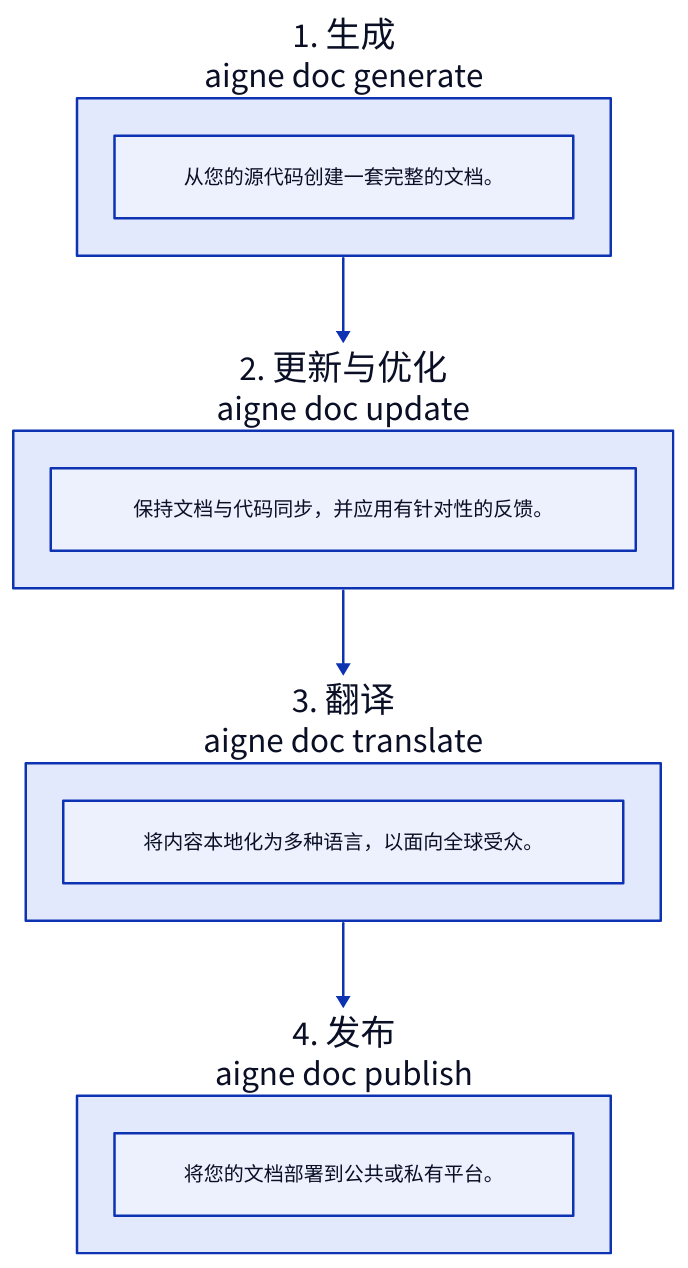
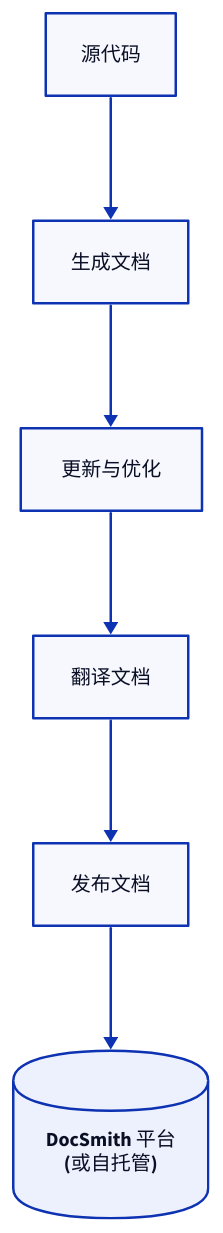
One commit to AIGNE-io/aigne-doc-smith changed the diagram in docs/features.zh.md. Above: the diagram before and after it, drawn with D2. The commit also changed other lines of this file and 84 other files, not shown here.

````diff
--- a/docs/features.zh.md
+++ b/docs/features.zh.md
@@ -5,29 +5,39 @@
 ```d2
 direction: down
 
-Generate: {
-  label: "1. 生成\naigne doc generate"
+source-code: {
+  label: "源代码"
   shape: rectangle
-  description: "从您的源代码创建一套完整的文档。"
 }
 
-Refine: {
-  label: "2. 更新与优化\naigne doc update"
+generate-documentation: {
+  label: "生成文档"
   shape: rectangle
-  description: "保持文档与代码同步，并应用有针对性的反馈。"
 }
 
-Translate: {
-  label: "3. 翻译\naigne doc translate"
+update-and-refine: {
+  label: "更新与优化"
   shape: rectangle
-  description: "将内容本地化为多种语言，以面向全球受众。"
 }
 
-Publish: {
-  label: "4. 发布\naigne doc publish"
+translate-documentation: {
+  label: "翻译文档"
   shape: rectangle
-  description: "将您的文档部署到公共或私有平台。"
 }
 
-Generate -> Refine -> Translate -> Publish
+publish-docs: {
+  label: "发布文档"
+  shape: rectangle
+}
+
+platform: {
+  label: "DocSmith 平台\n(或自托管)"
+  shape: cylinder
+}
+
+source-code -> generate-documentation
+generate-documentation -> update-and-refine
+update-and-refine -> translate-documentation
+translate-documentation -> publish-docs
+publish-docs -> platform
 ```
````
